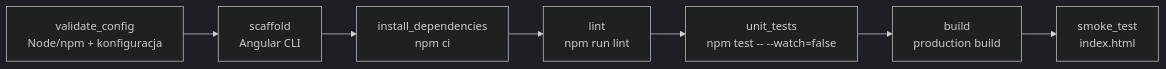
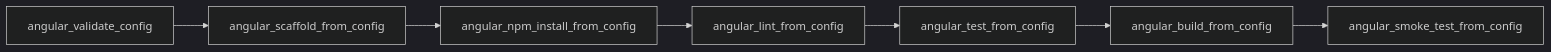
The diagram in docs/SDLC_ANGULAR_TECHNICAL.md (ako74programmer/poc-cronova-windows), drawn with Mermaid (dark theme) before and after one commit. The commit also changed other lines of this file and 19 other files, not shown here.

````diff
--- a/docs/SDLC_ANGULAR_TECHNICAL.md
+++ b/docs/SDLC_ANGULAR_TECHNICAL.md
@@ -44,9 +44,9 @@
 ```mermaid
 flowchart LR
-  A[validate_config\nNode/npm + konfiguracja] --> B[scaffold\nAngular CLI]
-  B --> C[install_dependencies\nnpm ci]
-  C --> D[lint\nnpm run lint]
-  D --> E[unit_tests\nnpm test -- --watch=false]
-  E --> F[build\nproduction build]
-  F --> G[smoke_test\nindex.html]
+  A[angular_validate_config] --> B[angular_scaffold_from_config]
+  B --> C[angular_npm_install_from_config]
+  C --> D[angular_lint_from_config]
+  D --> E[angular_test_from_config]
+  E --> F[angular_build_from_config]
+  F --> G[angular_smoke_test_from_config]
 ```
````
